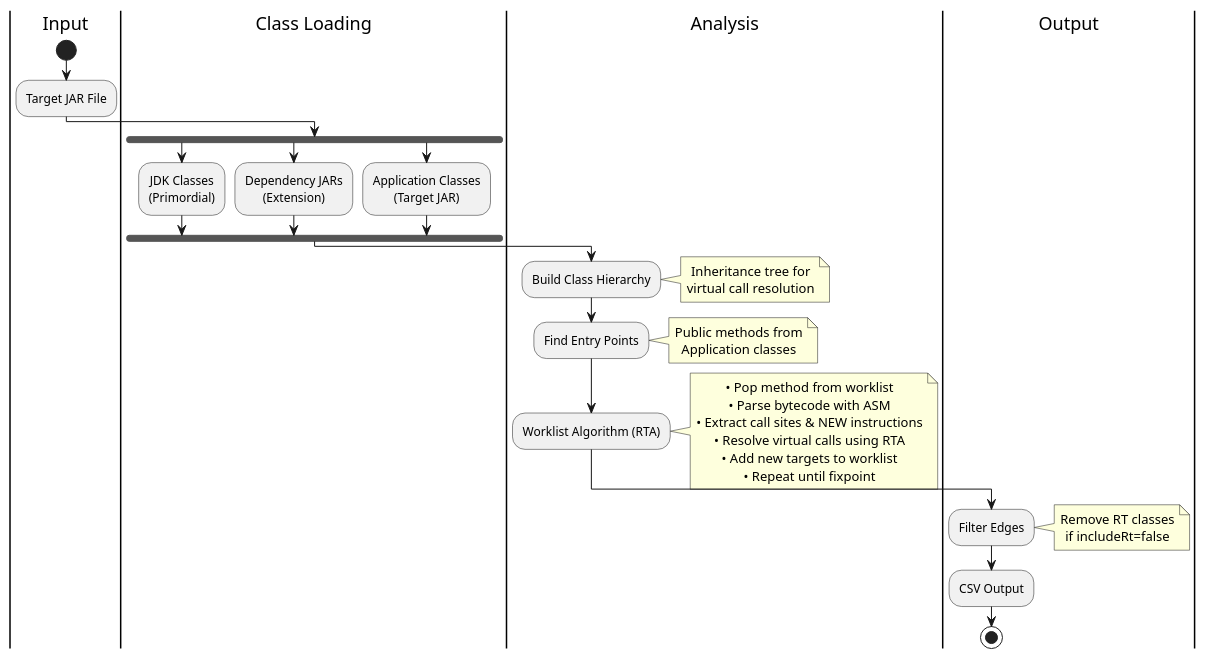
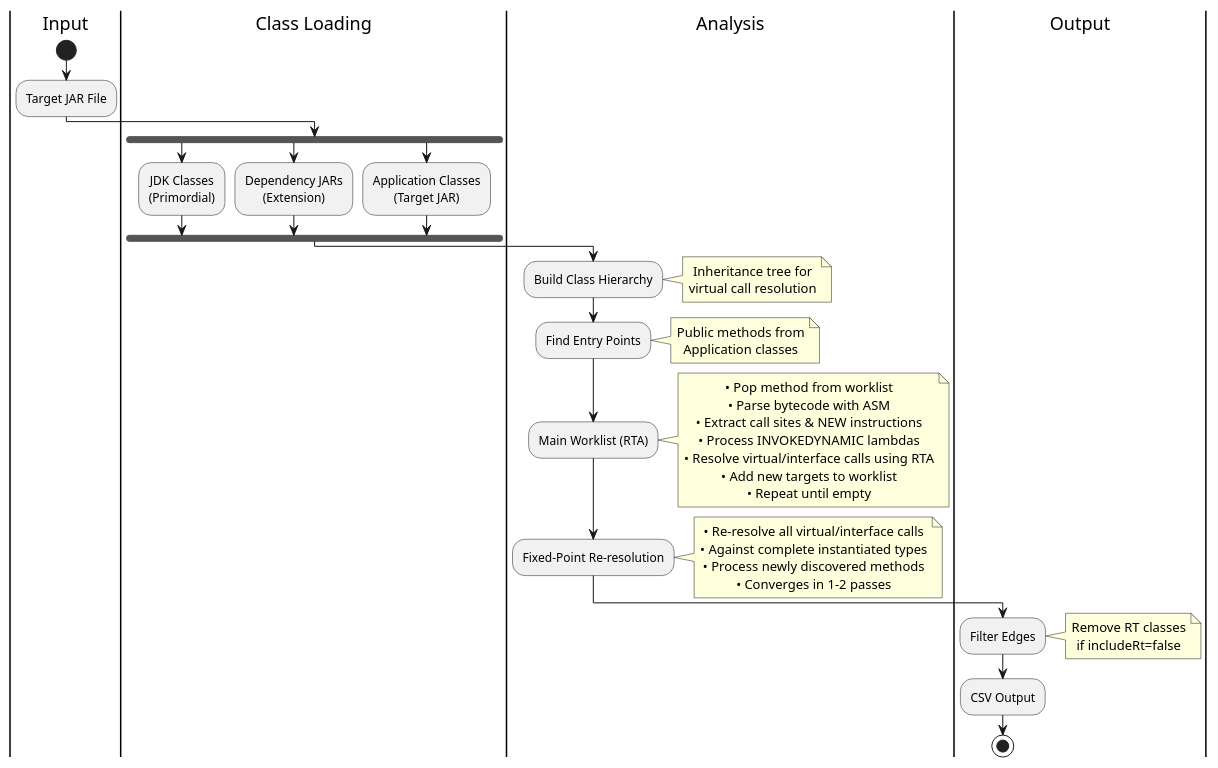
Before and after one commit to cg4j/cg4j: the diagram in docs/architecture.md, drawn with PlantUML. The commit also changed other lines of this file, not shown here.

Commit message:
Update Architecture docs (#20)

````diff
--- a/docs/architecture.md
+++ b/docs/architecture.md
@@ -9,44 +9,53 @@
 ```kroki-plantuml
 @startuml
 skinparam backgroundColor white
 skinparam defaultTextAlignment center
 
 |Input|
 start
 :Target JAR File;
 
 |Class Loading|
 fork
   :JDK Classes\n(Primordial);
 fork again
   :Dependency JARs\n(Extension);
 fork again
   :Application Classes\n(Target JAR);
 end fork
 
 |Analysis|
 :Build Class Hierarchy;
 note right: Inheritance tree for\nvirtual call resolution
 
 :Find Entry Points;
 note right: Public methods from\nApplication classes
 
-:Worklist Algorithm (RTA);
+:Main Worklist (RTA);
 note right
   • Pop method from worklist
   • Parse bytecode with ASM
   • Extract call sites & NEW instructions
-  • Resolve virtual calls using RTA
+  • Process INVOKEDYNAMIC lambdas
+  • Resolve virtual/interface calls using RTA
   • Add new targets to worklist
-  • Repeat until fixpoint
+  • Repeat until empty
+end note
+
+:Fixed-Point Re-resolution;
+note right
+  • Re-resolve all virtual/interface calls
+  • Against complete instantiated types
+  • Process newly discovered methods
+  • Converges in 1-2 passes
 end note
 
 |Output|
 :Filter Edges;
 note right: Remove RT classes\nif includeRt=false
 
 :CSV Output;
 stop
 
 @enduml
 ```
````
